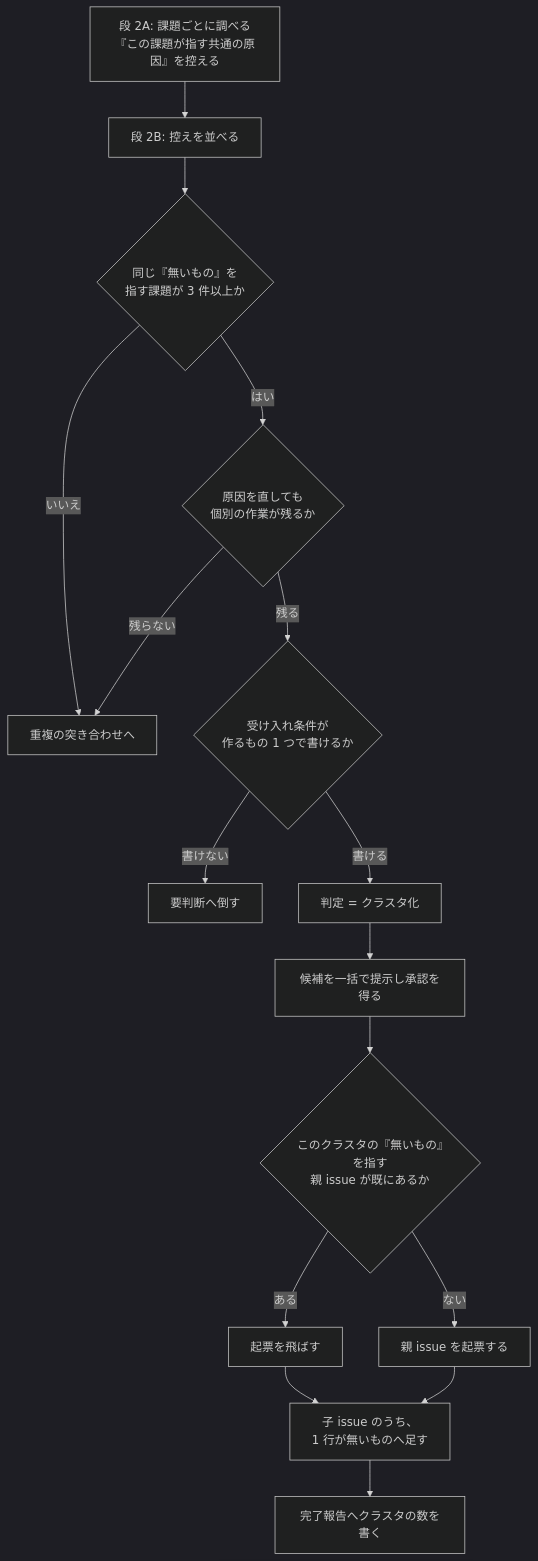
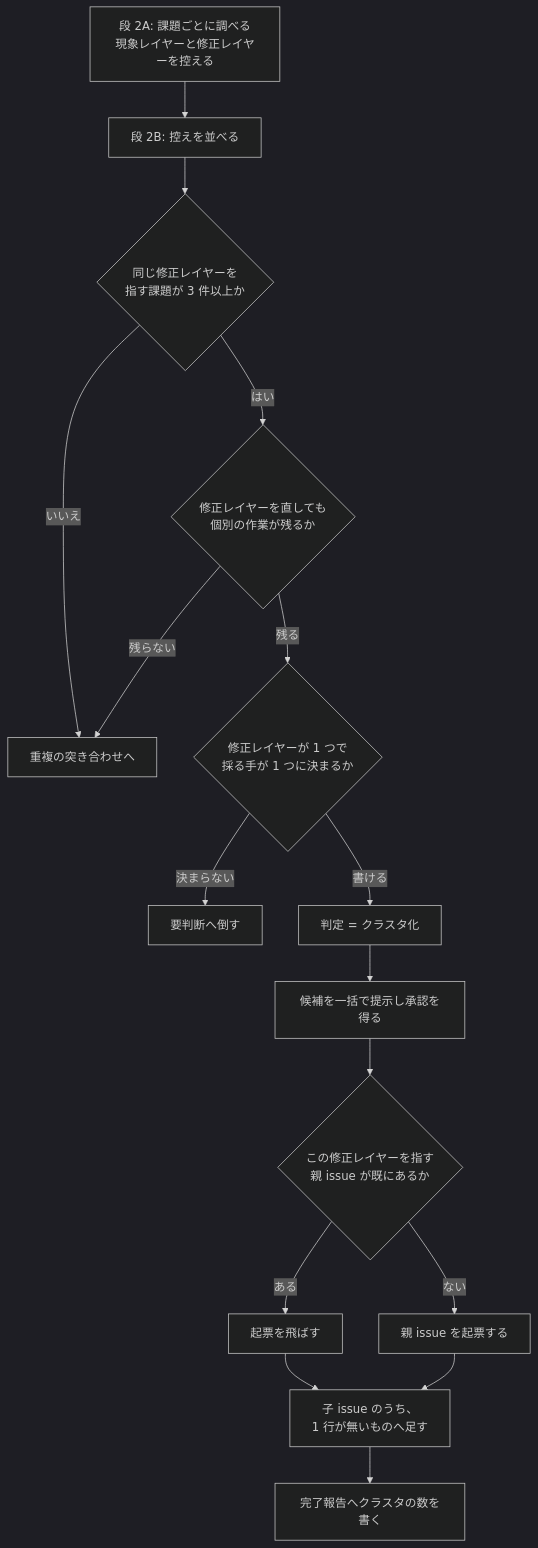
Before and after one commit to devbasex/ai-plugins: the first of 3 diagrams in issues/issue-712-713-design.md, drawn with Mermaid (dark theme). The commit also changed other lines of this file and 2 other files, not shown here.

````diff
--- a/issues/issue-712-713-design.md
+++ b/issues/issue-712-713-design.md
@@ -143,18 +187,18 @@
 ```mermaid
 flowchart TD
-    A["段 2A: 課題ごとに調べる<br/>『この課題が指す共通の原因』を控える"] --> B["段 2B: 控えを並べる"]
-    B --> C{"同じ『無いもの』を<br/>指す課題が 3 件以上か"}
+    A["段 2A: 課題ごとに調べる<br/>現象レイヤーと修正レイヤーを控える"] --> B["段 2B: 控えを並べる"]
+    B --> C{"同じ修正レイヤーを<br/>指す課題が 3 件以上か"}
     C -->|いいえ| D["重複の突き合わせへ"]
-    C -->|はい| E{"原因を直しても<br/>個別の作業が残るか"}
+    C -->|はい| E{"修正レイヤーを直しても<br/>個別の作業が残るか"}
     E -->|残らない| D
-    E -->|残る| F{"受け入れ条件が<br/>作るもの 1 つで書けるか"}
-    F -->|書けない| G["要判断へ倒す"]
+    E -->|残る| F{"修正レイヤーが 1 つで<br/>採る手が 1 つに決まるか"}
+    F -->|決まらない| G["要判断へ倒す"]
     F -->|書ける| H["判定 = クラスタ化"]
     H --> I["候補を一括で提示し承認を得る"]
-    I --> J{"このクラスタの『無いもの』を指す<br/>親 issue が既にあるか"}
+    I --> J{"この修正レイヤーを指す<br/>親 issue が既にあるか"}
     J -->|ある| K["起票を飛ばす"]
     J -->|ない| L["親 issue を起票する"]
     K --> M["子 issue のうち、<br/>1 行が無いものへ足す"]
     L --> M
     M --> N["完了報告へクラスタの数を書く"]
 ```
````
